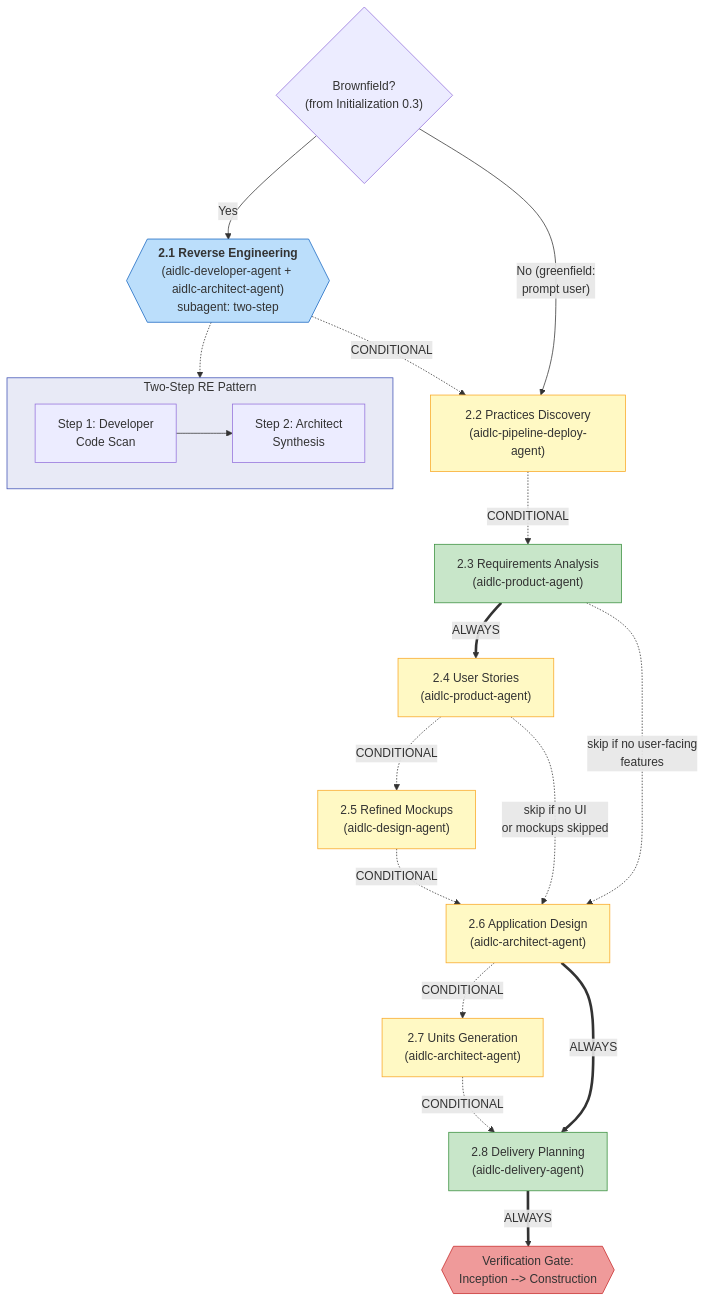
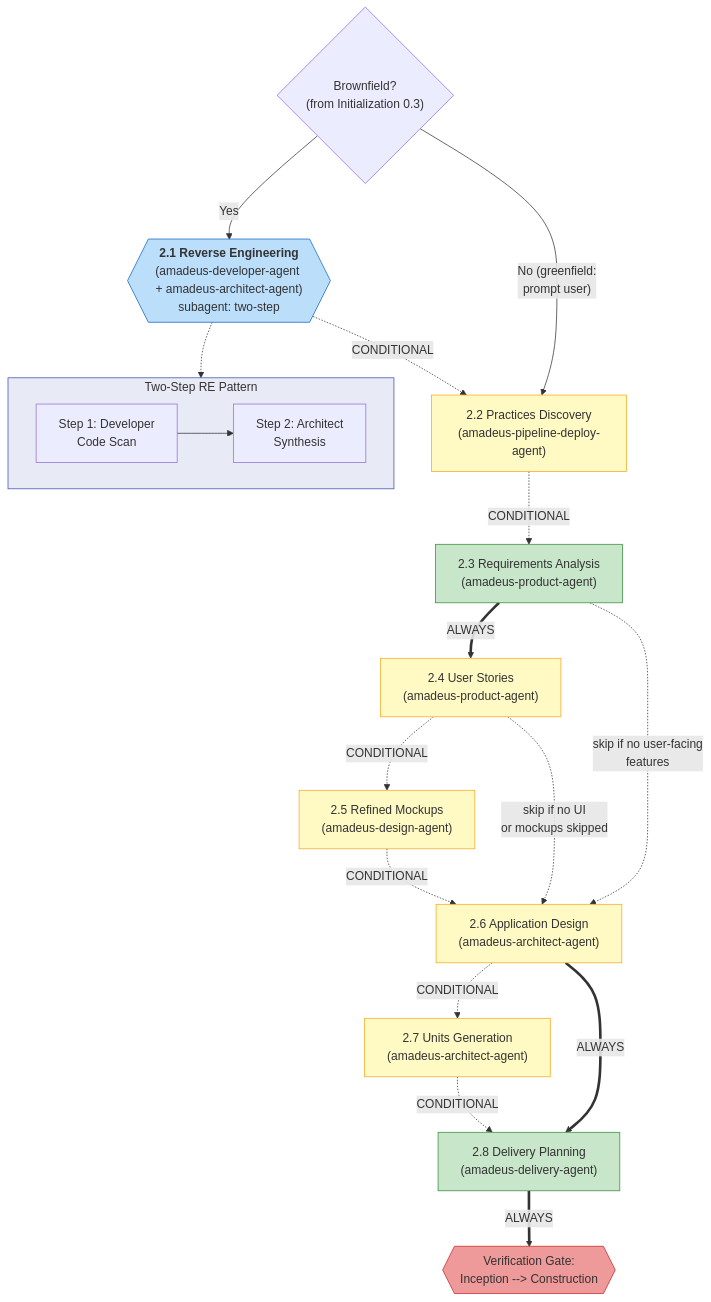
One commit to amadeus-dlc/amadeus changed the third of 12 diagrams in docs/reference/diagrams.md. Above: the diagram before and after it, drawn with Mermaid. The commit also changed other lines of this file and 855 other files, not shown here.

Commit message:
refactor: rename aidlc prefixes to amadeus

````diff
--- a/docs/reference/diagrams.md
+++ b/docs/reference/diagrams.md
@@ -110,50 +110,50 @@
 ```mermaid
 flowchart TD
     S21{{"`**2.1 Reverse Engineering**
-    (aidlc-developer-agent + aidlc-architect-agent)
+    (amadeus-developer-agent + amadeus-architect-agent)
     subagent: two-step`"}}
-    S22a["2.2 Practices Discovery\n(aidlc-pipeline-deploy-agent)"]
-    S22["2.3 Requirements Analysis\n(aidlc-product-agent)"]
-    S23["2.4 User Stories\n(aidlc-product-agent)"]
-    S24["2.5 Refined Mockups\n(aidlc-design-agent)"]
-    S25["2.6 Application Design\n(aidlc-architect-agent)"]
-    S26["2.7 Units Generation\n(aidlc-architect-agent)"]
-    S27["2.8 Delivery Planning\n(aidlc-delivery-agent)"]
+    S22a["2.2 Practices Discovery\n(amadeus-pipeline-deploy-agent)"]
+    S22["2.3 Requirements Analysis\n(amadeus-product-agent)"]
+    S23["2.4 User Stories\n(amadeus-product-agent)"]
+    S24["2.5 Refined Mockups\n(amadeus-design-agent)"]
+    S25["2.6 Application Design\n(amadeus-architect-agent)"]
+    S26["2.7 Units Generation\n(amadeus-architect-agent)"]
+    S27["2.8 Delivery Planning\n(amadeus-delivery-agent)"]
     VG2{{"Verification Gate:\nInception --> Construction"}}
 
     BF_CHECK{"Brownfield?\n(from Initialization 0.3)"}
     BF_CHECK -->|Yes| S21
     BF_CHECK -->|"No (greenfield:\nprompt user)"| S22a
     S21 -.->|CONDITIONAL| S22a
     S22a -.->|CONDITIONAL| S22
 
     subgraph RE_DETAIL["Two-Step RE Pattern"]
         direction LR
         DEV_SCAN["Step 1: Developer\nCode Scan"]
         ARCH_SYNTH["Step 2: Architect\nSynthesis"]
         DEV_SCAN --> ARCH_SYNTH
     end
 
     S21 -.-> RE_DETAIL
 
     S22 ==>|ALWAYS| S23
     S22 -.->|"skip if no user-facing\nfeatures"| S25
     S23 -.->|CONDITIONAL| S24
     S23 -.->|"skip if no UI\nor mockups skipped"| S25
     S24 -.->|CONDITIONAL| S25
     S25 -.->|CONDITIONAL| S26
     S25 ==>|ALWAYS| S27
     S26 -.->|CONDITIONAL| S27
     S27 ==>|ALWAYS| VG2
 
     style S21 fill:#bbdefb,stroke:#1565c0
     style S22 fill:#c8e6c9,stroke:#388e3c
     style S27 fill:#c8e6c9,stroke:#388e3c
     style S22a fill:#fff9c4,stroke:#f9a825
     style S23 fill:#fff9c4,stroke:#f9a825
     style S24 fill:#fff9c4,stroke:#f9a825
     style S25 fill:#fff9c4,stroke:#f9a825
     style S26 fill:#fff9c4,stroke:#f9a825
     style VG2 fill:#ef9a9a,stroke:#c62828
     style RE_DETAIL fill:#e8eaf6,stroke:#3f51b5
 ```
````
